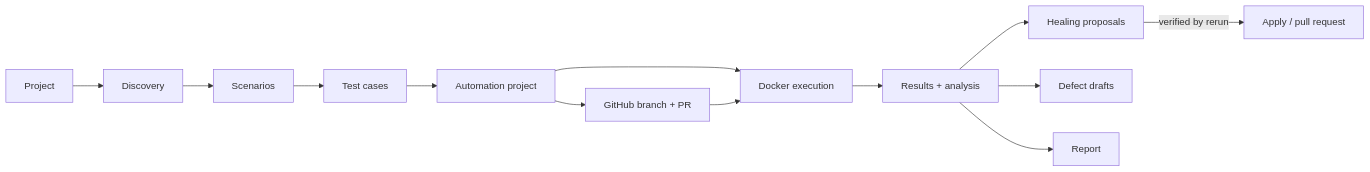
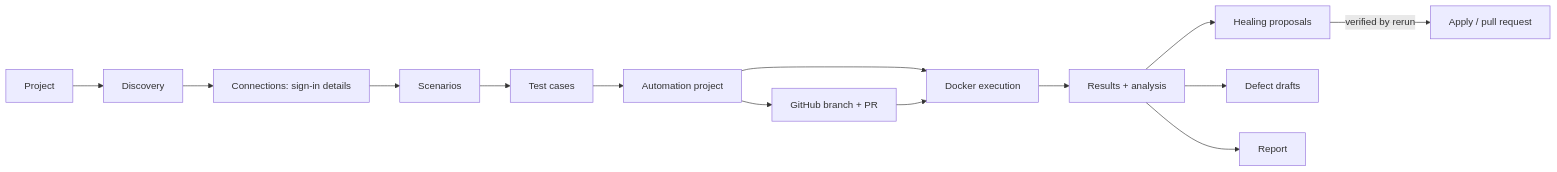
One commit to Karthik6622/PYTHON changed the diagram in Projects/ai_testing_studio/README.md. Above: the diagram before and after it, drawn with Mermaid. The commit also changed other lines of this file and 2367 other files, not shown here.

````diff
--- a/Projects/ai_testing_studio/README.md
+++ b/Projects/ai_testing_studio/README.md
@@ -40,15 +40,16 @@
 ```mermaid
 flowchart LR
   A[Project] --> B[Discovery]
-  B --> C[Scenarios]
+  B --> B2[Connections: sign-in details]
+  B2 --> C[Scenarios]
   C --> D[Test cases]
   D --> E[Automation project]
   E --> F[GitHub branch + PR]
   E --> G[Docker execution]
   F --> G
   G --> H[Results + analysis]
   H --> I[Healing proposals]
   I -->|verified by rerun| J[Apply / pull request]
   H --> K[Defect drafts]
   H --> L[Report]
 ```
````
